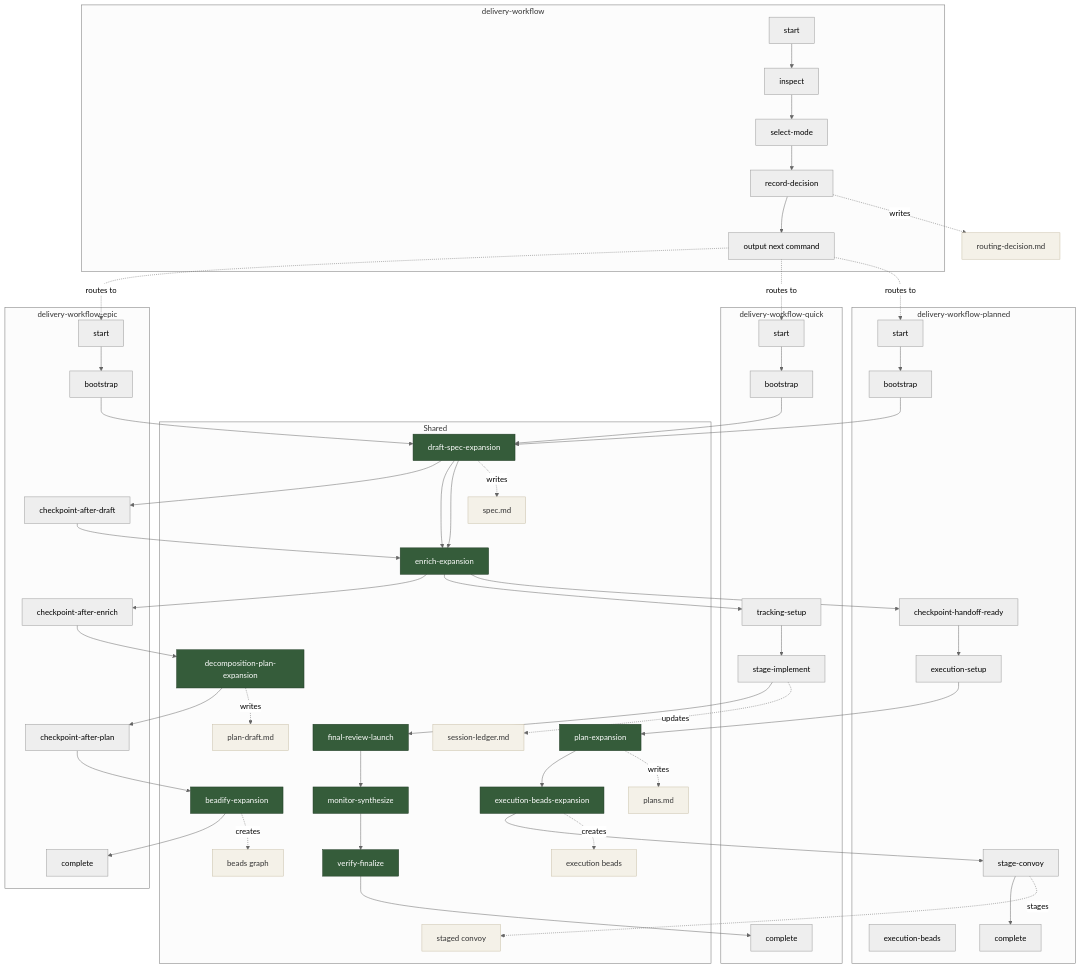
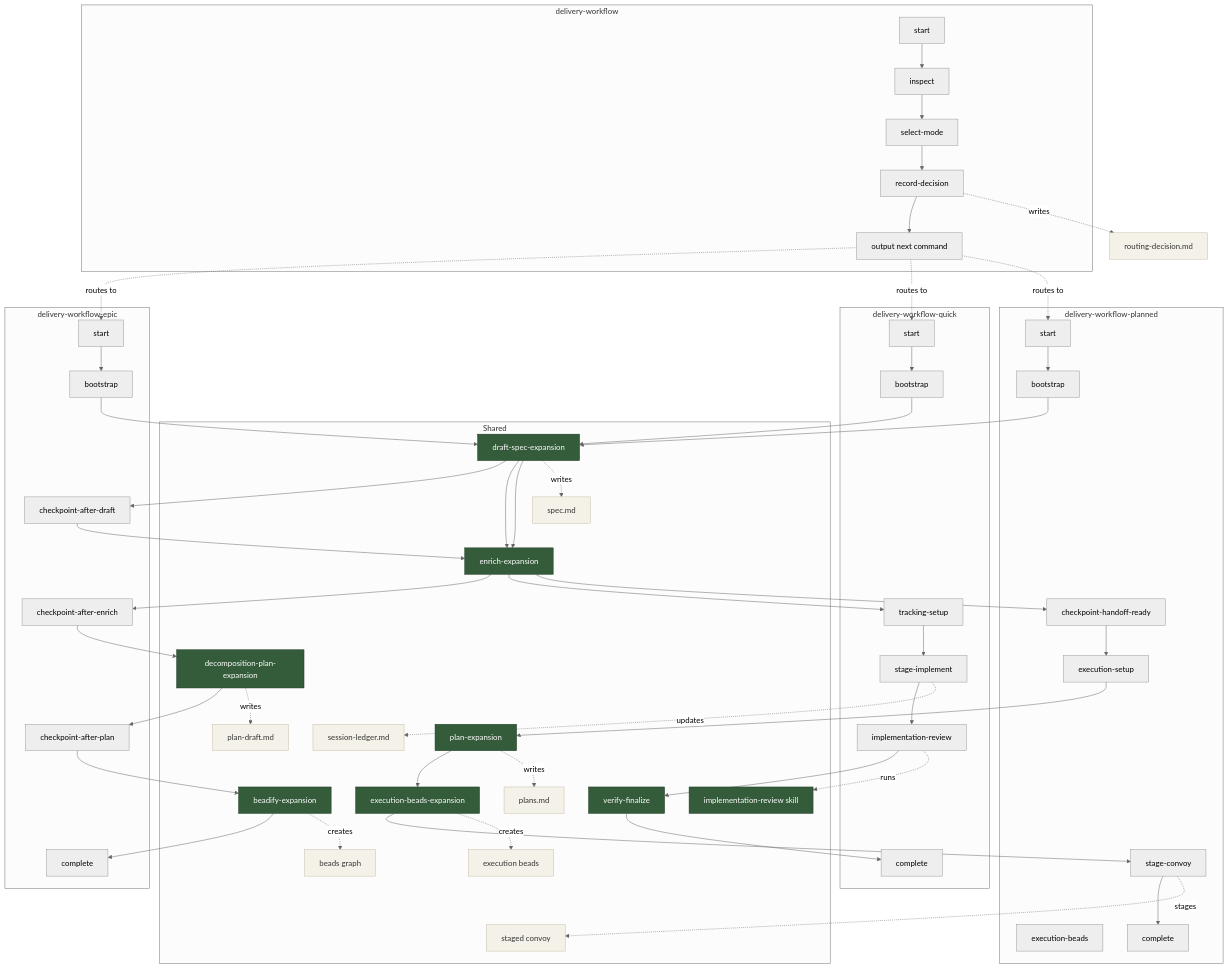
Before and after one commit to corymhall/toolkit: the diagram in gastown/beads/formulas/README.md, drawn with Mermaid (neutral theme). The commit also changed other lines of this file and 8 other files, not shown here.

Commit message:
skills: share implementation review across delivery flows

````diff
--- a/gastown/beads/formulas/README.md
+++ b/gastown/beads/formulas/README.md
@@ -55,9 +55,8 @@
         EB["execution-beads-expansion"]
         BD["beadify-expansion"]
 
-        FR["final-review-launch"]
-        MS["monitor-synthesize"]
         VF["verify-finalize"]
+        RS["implementation-review skill"]
 
         SPEC["spec.md"]
         PLAN_DRAFT["plan-draft.md"]
@@ -82,6 +81,7 @@
         DW_BOOT["bootstrap"]
         DW_TRACK["tracking-setup"]
         DW_IMPL["stage-implement"]
+        DW_REVIEW["implementation-review"]
         DW_DONE["complete"]
     end
 
@@ -126,7 +126,8 @@
     DS --> EN
     EN --> DW_TRACK
     DW_TRACK --> DW_IMPL
-    DW_IMPL --> FR
+    DW_IMPL --> DW_REVIEW
+    DW_REVIEW --> VF
     VF --> DW_DONE
 
     DW2_START --> DW2_BOOT
@@ -139,21 +140,19 @@
     EB --> DW2_CONVOY
     DW2_CONVOY --> DW2_DONE
 
-    FR --> MS
-    MS --> VF
-
     DS -. writes .-> SPEC
     DP -. writes .-> PLAN_DRAFT
     PL -. writes .-> PLANS
     EB -. creates .-> EXEC_BEADS
     BD -. creates .-> BEADS
     DW_IMPL -. updates .-> LEDGER
+    DW_REVIEW -. runs .-> RS
     DW2_CONVOY -. stages .-> CONVOY
     DR_RECORD -. writes .-> ROUTE["routing-decision.md"]
 
     classDef shared fill:#355c3a,color:#fff,stroke:#1f3a24,stroke-width:1px;
     classDef artifact fill:#f4f1e8,color:#333,stroke:#c9bfa8,stroke-width:1px;
 
-    class DS,EN,DP,PL,EB,BD,FR,MS,VF shared;
+    class DS,EN,DP,PL,EB,BD,VF,RS shared;
     class SPEC,PLAN_DRAFT,PLANS,EXEC_BEADS,BEADS,CONVOY,LEDGER,ROUTE artifact;
 ```
````
